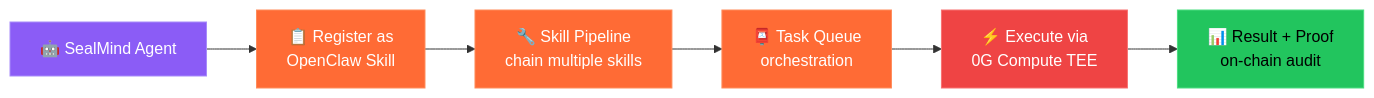
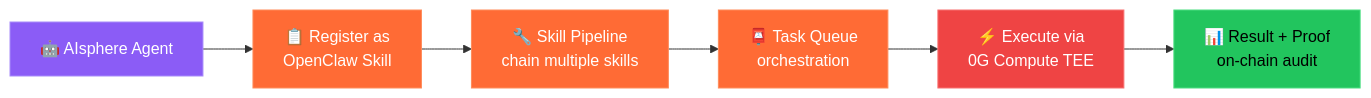
The fourth of 4 diagrams in README.md (henrymartin262/AIsphere), drawn with Mermaid before and after one commit. The commit also changed other lines of this file and 4 other files, not shown here.

First line of the commit message:
feat: rebrand SealMind → AIsphere with Noosphere origin story

````diff
--- a/README.md
+++ b/README.md
@@ -253,15 +265,15 @@
 ```mermaid
 graph LR
-    A["🤖 SealMind Agent"] --> B["📋 Register as<br/>OpenClaw Skill"]
+    A["🤖 AIsphere Agent"] --> B["📋 Register as<br/>OpenClaw Skill"]
     B --> C["🔧 Skill Pipeline<br/>chain multiple skills"]
     C --> D["📮 Task Queue<br/>orchestration"]
     D --> E["⚡ Execute via<br/>0G Compute TEE"]
     E --> F["📊 Result + Proof<br/>on-chain audit"]
 
     style A fill:#8b5cf6,stroke:#a78bfa,color:#fff
     style B fill:#ff6b35,stroke:#ff8c5a,color:#fff
     style C fill:#ff6b35,stroke:#ff8c5a,color:#fff
     style D fill:#ff6b35,stroke:#ff8c5a,color:#fff
     style E fill:#ef4444,stroke:#f87171,color:#fff
     style F fill:#22c55e,stroke:#4ade80,color:#000
 ```
````
